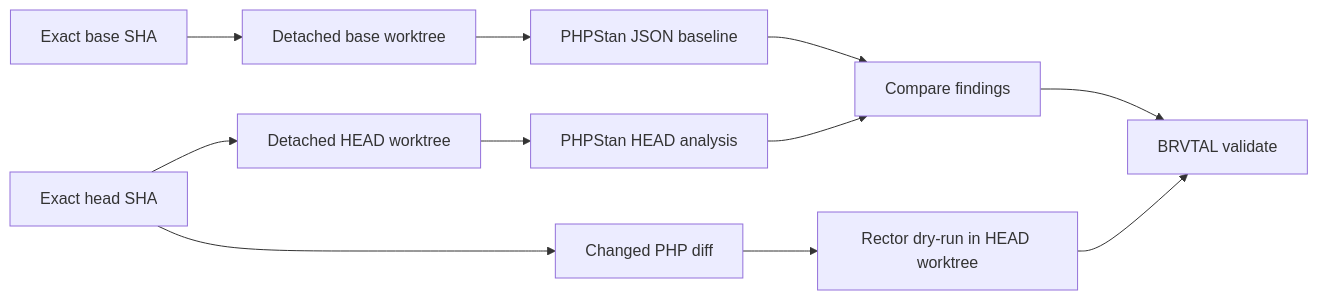
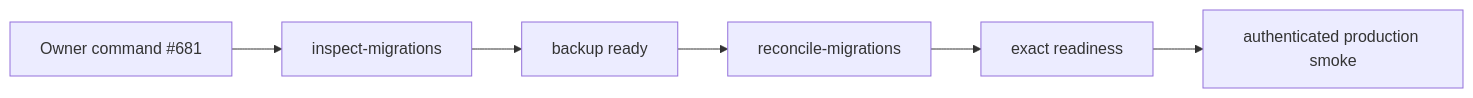
One commit to pl0n3r/brvtal changed the diagram in README.md. Above: the diagram before and after it, drawn with Mermaid. The commit also changed other lines of this file and 2 other files, not shown here.

First line of the commit message:
ops(prod): owner-only migration reconciliation recovery (#688)

````diff
--- a/README.md
+++ b/README.md
@@ -53,13 +52,8 @@
 ```mermaid
 flowchart LR
-  B["Exact base SHA"] --> BW["Detached base worktree"]
-  H["Exact head SHA"] --> HW["Detached HEAD worktree"]
-  BW --> BL["PHPStan JSON baseline"]
-  HW --> P["PHPStan HEAD analysis"]
-  BL --> C["Compare findings"]
-  P --> C
-  H --> D["Changed PHP diff"]
-  D --> R["Rector dry-run in HEAD worktree"]
-  C --> V["BRVTAL validate"]
-  R --> V
+  O["Owner command #681"] --> I["inspect-migrations"]
+  I --> B["backup ready"]
+  B --> R["reconcile-migrations"]
+  R --> H["exact readiness"]
+  H --> S["authenticated production smoke"]
 ```
````
